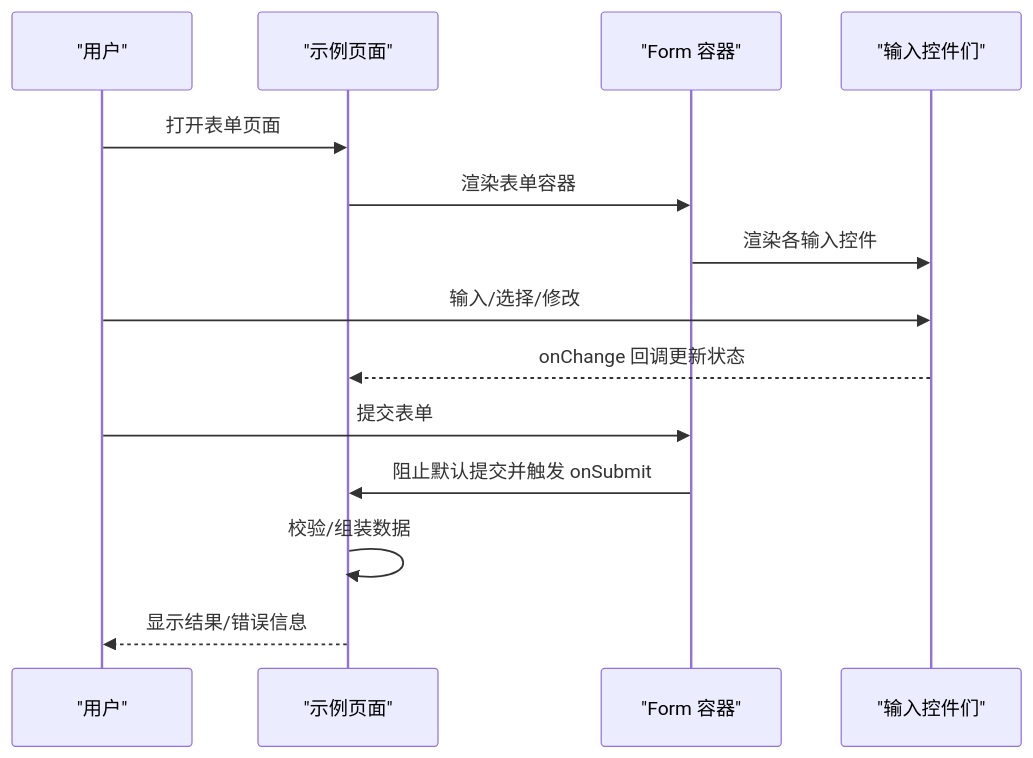
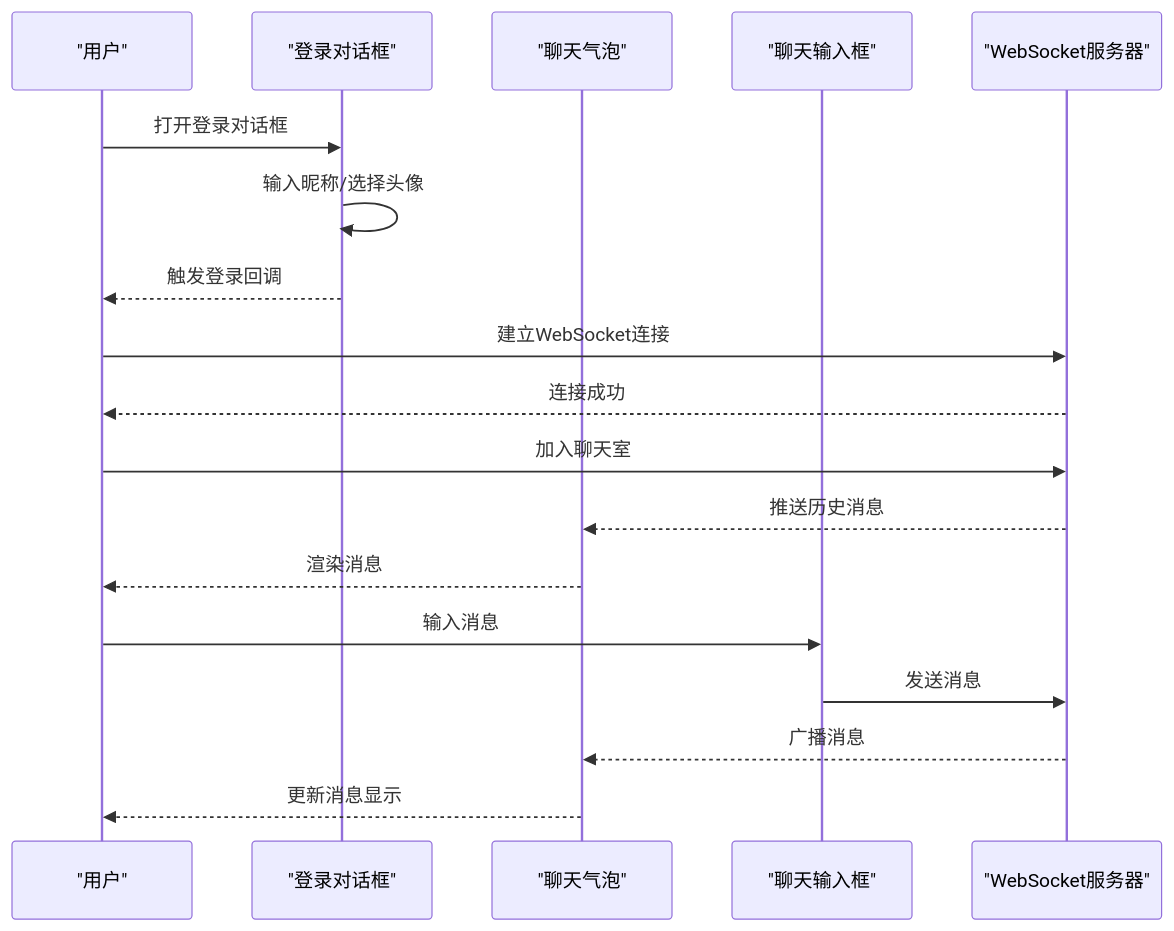
The fifth of 5 diagrams in .qoder/repowiki/zh/content/表单处理系统/表单处理系统.md (HAOFUYANG/nextjs-admin), drawn with Mermaid before and after one commit. The commit also changed other lines of this file and 36 other files, not shown here.

````diff
--- a/.qoder/repowiki/zh/content/表单处理系统/表单处理系统.md
+++ b/.qoder/repowiki/zh/content/表单处理系统/表单处理系统.md
@@ -368,16 +338,20 @@
 ```mermaid
 sequenceDiagram
 participant U as "用户"
-participant P as "示例页面"
-participant F as "Form 容器"
-participant C as "输入控件们"
-U->>P : 打开表单页面
-P->>F : 渲染表单容器
-F->>C : 渲染各输入控件
-U->>C : 输入/选择/修改
-C-->>P : onChange 回调更新状态
-U->>F : 提交表单
-F->>P : 阻止默认提交并触发 onSubmit
-P->>P : 校验/组装数据
-P-->>U : 显示结果/错误信息
+participant LD as "登录对话框"
+participant CB as "聊天气泡"
+participant CI as "聊天输入框"
+participant S as "WebSocket服务器"
+U->>LD : 打开登录对话框
+LD->>LD : 输入昵称/选择头像
+LD-->>U : 触发登录回调
+U->>S : 建立WebSocket连接
+S-->>U : 连接成功
+U->>S : 加入聊天室
+S-->>CB : 推送历史消息
+CB-->>U : 渲染消息
+U->>CI : 输入消息
+CI->>S : 发送消息
+S-->>CB : 广播消息
+CB-->>U : 更新消息显示
 ```
````
